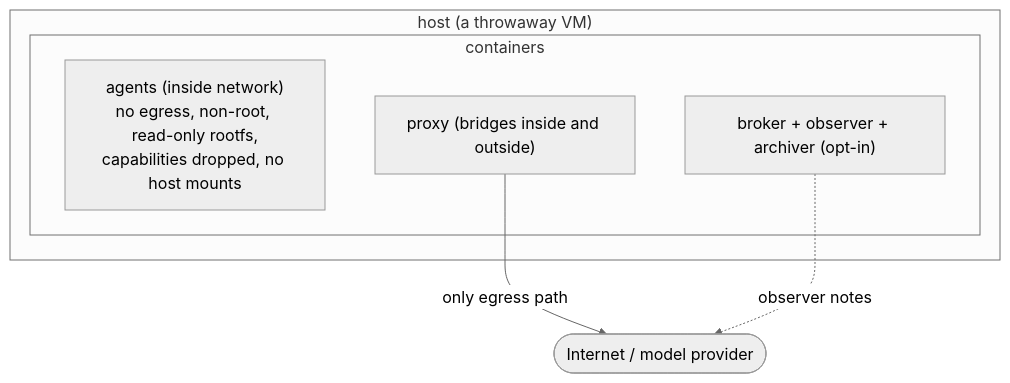
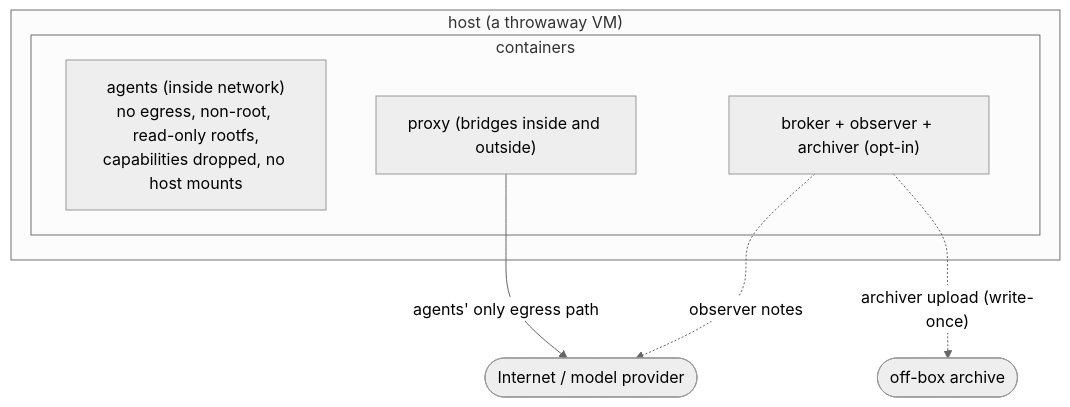
One commit to alpersonalwebsite/observed-agents changed the fifth of 5 diagrams in ARCHITECTURE.md. Above: the diagram before and after it, drawn with Mermaid (neutral theme). The commit also changed other lines of this file and 2 other files, not shown here.

First line of the commit message:
Bring the write-up up to date with the live sites and fix two isolation claims

````diff
--- a/ARCHITECTURE.md
+++ b/ARCHITECTURE.md
@@ -116,13 +116,15 @@
 ```mermaid
 flowchart TB
   OR(["Internet / model provider"])
   subgraph host["host (a throwaway VM)"]
     subgraph net["containers"]
       ag["agents (inside network)<br/>no egress, non-root, read-only rootfs,<br/>capabilities dropped, no host mounts"]
       svc["broker + observer + archiver (opt-in)"]
       px["proxy (bridges inside and outside)"]
     end
   end
-  px -->|"only egress path"| OR
+  ARC(["off-box archive"])
+  px -->|"agents' only egress path"| OR
   svc -. "observer notes" .-> OR
+  svc -. "archiver upload (write-once)" .-> ARC
 ```
````
